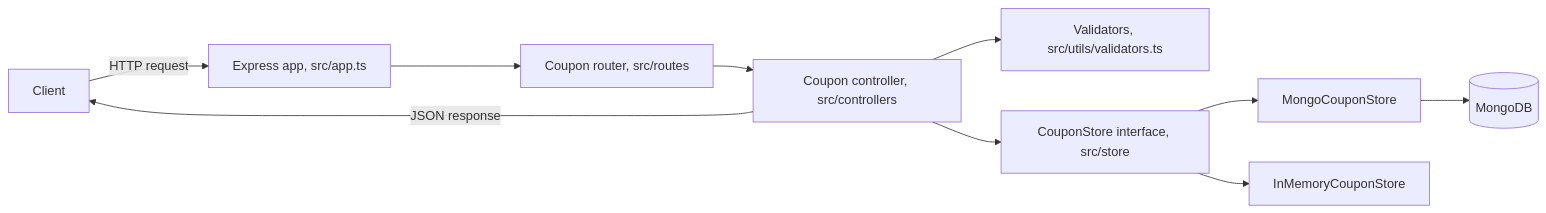
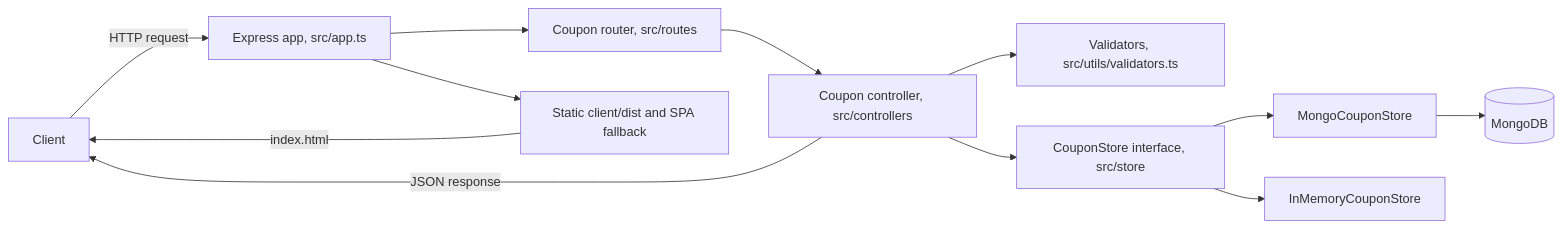
The first of 2 diagrams in docs/ARCHITECTURE.md (tsvlgd/coupon-api), drawn with Mermaid before and after one commit. The commit also changed other lines of this file and 2 other files, not shown here.

````diff
--- a/docs/ARCHITECTURE.md
+++ b/docs/ARCHITECTURE.md
@@ -9,12 +9,14 @@
 ```mermaid
 flowchart LR
     Client[Client] -->|HTTP request| App[Express app, src/app.ts]
     App --> Router[Coupon router, src/routes]
+    App --> Static[Static client/dist and SPA fallback]
     Router --> Controller[Coupon controller, src/controllers]
     Controller --> Validators[Validators, src/utils/validators.ts]
     Controller --> Store[CouponStore interface, src/store]
     Store --> MongoImpl[MongoCouponStore]
     Store --> MemoryImpl[InMemoryCouponStore]
     MongoImpl --> DB[(MongoDB)]
     Controller -->|JSON response| Client
+    Static -->|index.html| Client
 ```
````
